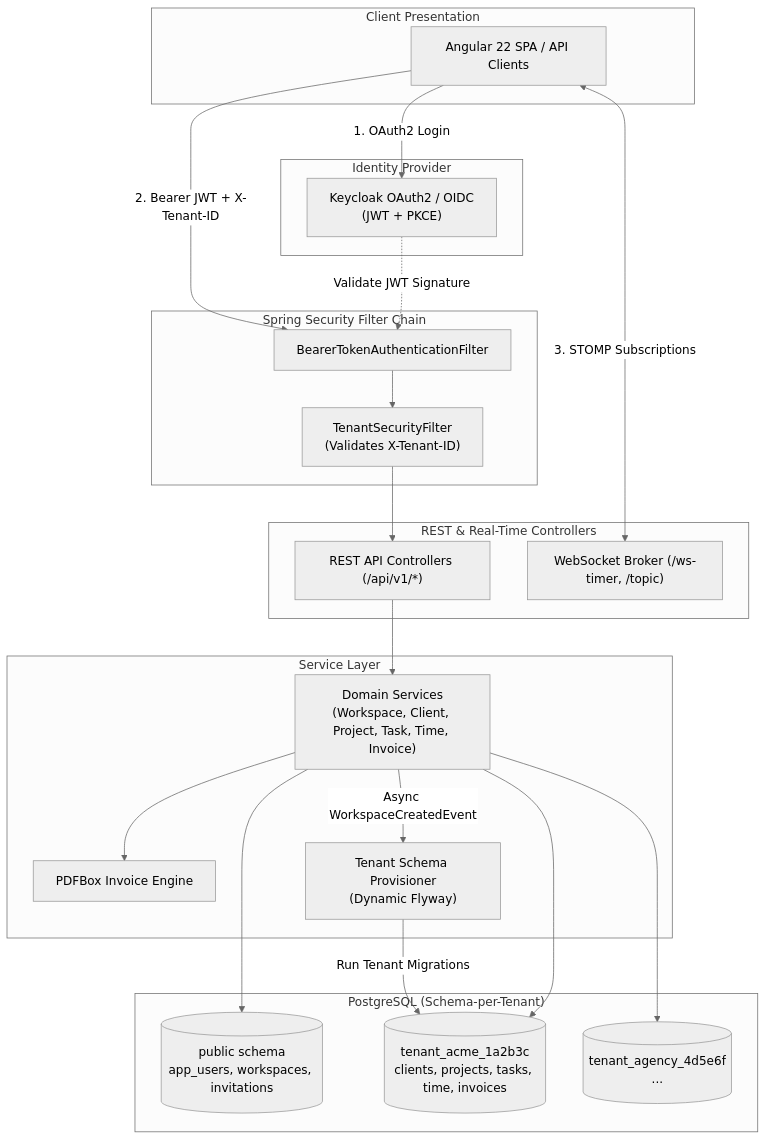
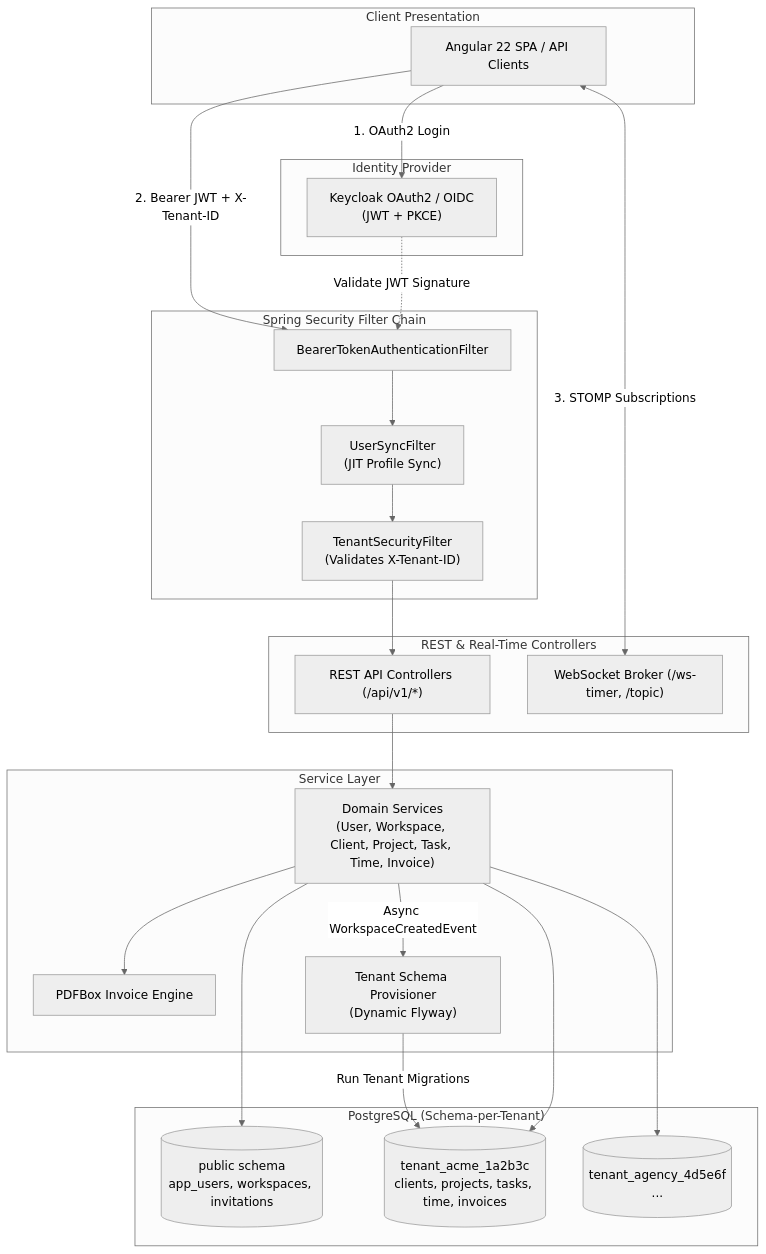
Before and after one commit to Eyad-Sharkawy/agency-os-back-end: the first of 3 diagrams in README.md, drawn with Mermaid (neutral theme). The commit also changed other lines of this file and 7 other files, not shown here.

Commit message:
docs(back-end): synchronize OpenAPI specs, complete Postman collection, and update API architecture docs

````diff
--- a/README.md
+++ b/README.md
@@ -78,46 +80,48 @@
 ```mermaid
 graph TB
     subgraph Client ["Client Presentation"]
         FE["Angular 22 SPA / API Clients"]
     end
 
     subgraph Identity ["Identity Provider"]
         KC["Keycloak OAuth2 / OIDC<br/>(JWT + PKCE)"]
     end
 
     subgraph Security ["Spring Security Filter Chain"]
         SF["BearerTokenAuthenticationFilter"]
+        UF["UserSyncFilter<br/>(JIT Profile Sync)"]
         TF["TenantSecurityFilter<br/>(Validates X-Tenant-ID)"]
     end
 
     subgraph API ["REST & Real-Time Controllers"]
         REST["REST API Controllers (/api/v1/*)"]
         WSB["WebSocket Broker (/ws-timer, /topic)"]
     end
 
     subgraph Services ["Service Layer"]
-        SVC["Domain Services<br/>(Workspace, Client, Project, Task, Time, Invoice)"]
+        SVC["Domain Services<br/>(User, Workspace, Client, Project, Task, Time, Invoice)"]
         PDF["PDFBox Invoice Engine"]
         PROV["Tenant Schema Provisioner<br/>(Dynamic Flyway)"]
     end
 
     subgraph Storage ["PostgreSQL (Schema-per-Tenant)"]
         PUB[("public schema<br/>app_users, workspaces, invitations")]
         T1[("tenant_acme_1a2b3c<br/>clients, projects, tasks, time, invoices")]
         T2[("tenant_agency_4d5e6f<br/>...")]
     end
 
     FE -->|1. OAuth2 Login| KC
     FE -->|2. Bearer JWT + X-Tenant-ID| SF
     FE <-->|3. STOMP Subscriptions| WSB
     KC -.->|Validate JWT Signature| SF
-    SF --> TF
+    SF --> UF
+    UF --> TF
     TF --> REST
     REST --> SVC
     SVC --> PDF
     SVC -->|Async WorkspaceCreatedEvent| PROV
     PROV -->|Run Tenant Migrations| T1
     SVC --> PUB
     SVC --> T1
     SVC --> T2
 ```
````
